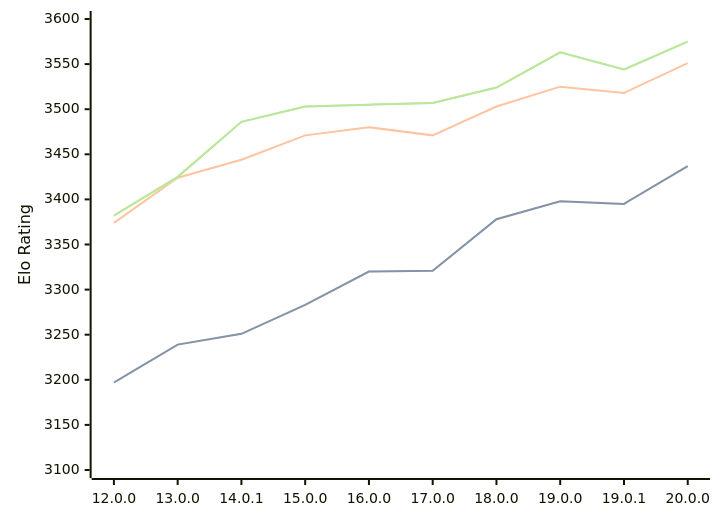
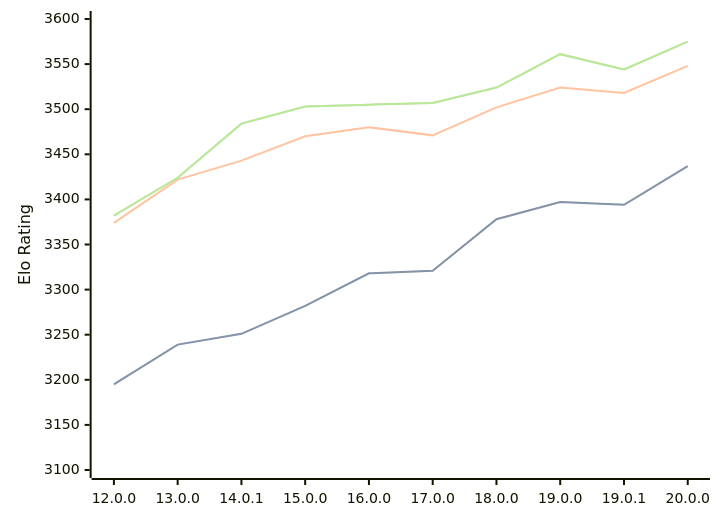
One commit to computer-chess-index/cci changed the diagram in engines/Viridithas.md. Above: the diagram before and after it, drawn with Mermaid. The commit also changed other lines of this file, not shown here.

Commit message:
Update CCI Ratings (ELO VLTC) - 2026-08-03

````diff
--- a/engines/Viridithas.md
+++ b/engines/Viridithas.md
@@ -64,11 +64,11 @@
 ```mermaid
 %%{init: {"theme":"base","themeVariables":{"seriesColors:['#a3a3a3','#222221','#faa371']}}}%%
 xychart-beta
   x-axis ["12.0.0", "13.0.0", "14.0.1", "15.0.0", "16.0.0", "17.0.0", "18.0.0", "19.0.0", "19.0.1", "20.0.0"]
   y-axis "Elo Rating" 3100 --> 3600
-  line "STC (8.0+0.08s)" [3197, 3239, 3251, 3283, 3320, 3321, 3378, 3398, 3395, 3437]
-  line "STC (8.0+0.08s)" [3197, 3239, 3251, 3283, 3320, 3321, 3378, 3398, 3395, 3437]
-  line "LTC (60.0+0.60s)" [3374, 3424, 3444, 3471, 3480, 3471, 3503, 3525, 3518, 3551]
-  line "VLTC (2m24s+1.12s)" [3382, 3425, 3486, 3503, 3505, 3507, 3524, 3563, 3544, 3575]
-  line "VLTC (2m24s+1.12s)" [3382, 3425, 3486, 3503, 3505, 3507, 3524, 3563, 3544, 3575]
+  line "STC (8.0+0.08s)" [3195, 3239, 3251, 3282, 3318, 3321, 3378, 3397, 3394, 3437]
+  line "STC (8.0+0.08s)" [3195, 3239, 3251, 3282, 3318, 3321, 3378, 3397, 3394, 3437]
+  line "LTC (60.0+0.60s)" [3374, 3422, 3443, 3470, 3480, 3471, 3502, 3524, 3518, 3548]
+  line "VLTC (2m24s+1.12s)" [3382, 3424, 3484, 3503, 3505, 3507, 3524, 3561, 3544, 3575]
+  line "VLTC (2m24s+1.12s)" [3382, 3424, 3484, 3503, 3505, 3507, 3524, 3561, 3544, 3575]
 ```
````
